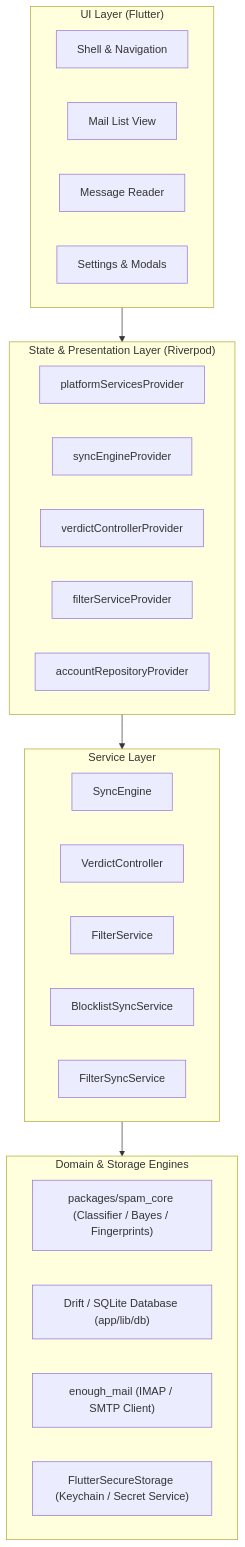
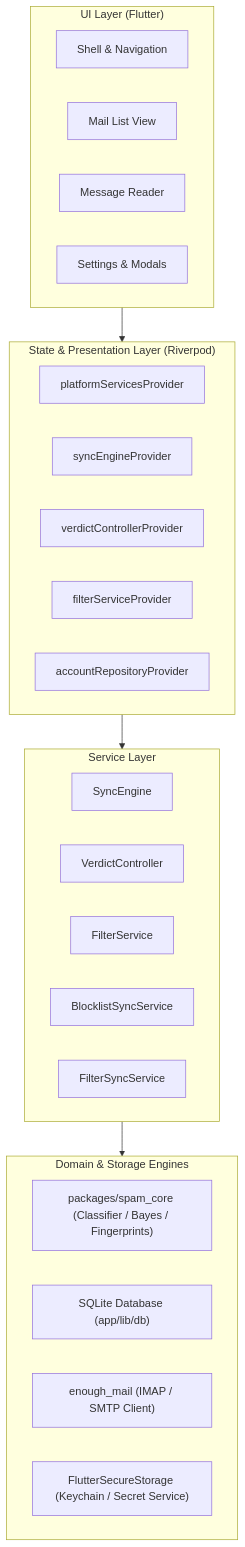
Before and after one commit to JustinGuese/flutter-spamfiltering-emailclient: the first of 3 diagrams in docs/concepts/architecture.md, drawn with Mermaid. The commit also changed other lines of this file and 12 other files, not shown here.

Commit message:
add CLAUDE.md; correct docs: SQLite not Drift, real file names, pending_imap_actions, sync PUT

````diff
--- a/docs/concepts/architecture.md
+++ b/docs/concepts/architecture.md
@@ -9,36 +9,36 @@
 ```mermaid
 graph TD
     subgraph UI ["UI Layer (Flutter)"]
         Shell[Shell & Navigation]
         MailList[Mail List View]
         Reader[Message Reader]
         SettingsUI[Settings & Modals]
     end
 
     subgraph Providers ["State & Presentation Layer (Riverpod)"]
         PlatformProv[platformServicesProvider]
         SyncProv[syncEngineProvider]
         VerdictProv[verdictControllerProvider]
         FilterProv[filterServiceProvider]
         AccountProv[accountRepositoryProvider]
     end
 
     subgraph Services ["Service Layer"]
         SyncEng[SyncEngine]
         VerdictCtrl[VerdictController]
         FilterSvc[FilterService]
         BlocklistSvc[BlocklistSyncService]
         FilterSync[FilterSyncService]
     end
 
     subgraph Core ["Domain & Storage Engines"]
         SpamCore["packages/spam_core (Classifier / Bayes / Fingerprints)"]
-        DriftDB["Drift / SQLite Database (app/lib/db)"]
+        DriftDB["SQLite Database (app/lib/db)"]
         EnoughMail["enough_mail (IMAP / SMTP Client)"]
         SecureStore["FlutterSecureStorage (Keychain / Secret Service)"]
     end
 
     UI --> Providers
     Providers --> Services
     Services --> Core
 ```
````
